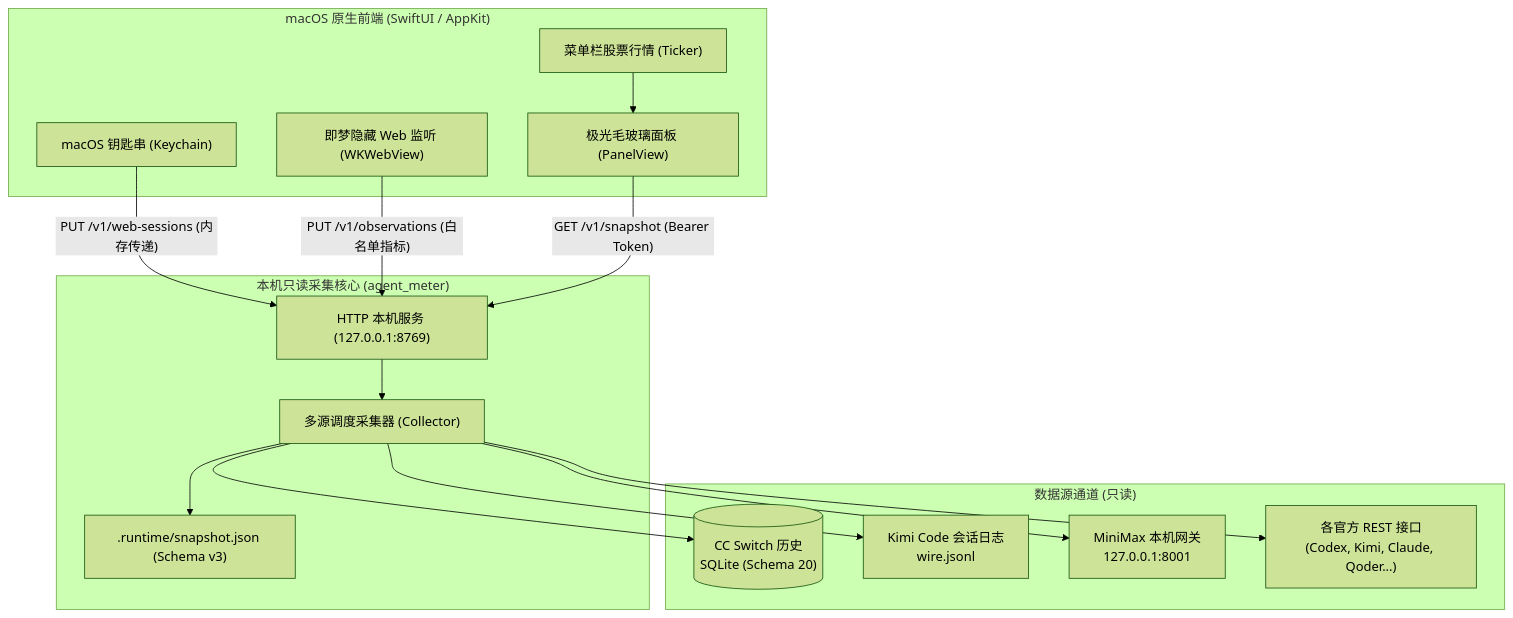
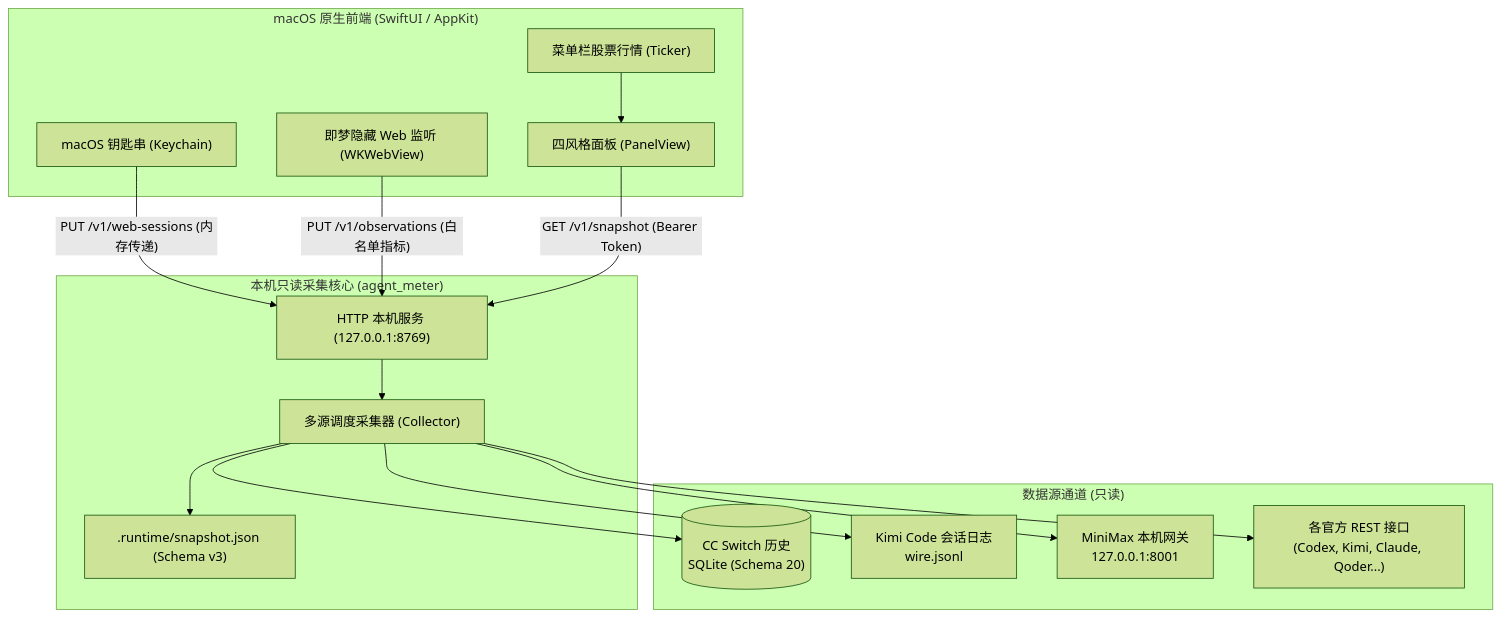
One commit to Gary23333/agent-meter changed the diagram in README.md. Above: the diagram before and after it, drawn with Mermaid (forest theme). The commit also changed other lines of this file and 17 other files, not shown here.

````diff
--- a/README.md
+++ b/README.md
@@ -147,33 +155,33 @@
 ```mermaid
 flowchart TD
     subgraph macOS UI ["macOS 原生前端 (SwiftUI / AppKit)"]
         MB["菜单栏股票行情 (Ticker)"]
-        PN["极光毛玻璃面板 (PanelView)"]
+        PN["四风格面板 (PanelView)"]
         KC["macOS 钥匙串 (Keychain)"]
         WV["即梦隐藏 Web 监听 (WKWebView)"]
     end
 
     subgraph Core ["本机只读采集核心 (agent_meter)"]
         SRV["HTTP 本机服务 (127.0.0.1:8769)"]
         COLL["多源调度采集器 (Collector)"]
         SNAP[".runtime/snapshot.json (Schema v3)"]
     end
 
     subgraph Sources ["数据源通道 (只读)"]
         S_SQL[("CC Switch 历史\nSQLite (Schema 20)")]
         S_LOG["Kimi Code 会话日志\nwire.jsonl"]
         S_GW["MiniMax 本机网关\n127.0.0.1:8001"]
         S_NET["各官方 REST 接口\n(Codex, Kimi, Claude, Qoder...)"]
     end
 
     MB --> PN
     KC --"PUT /v1/web-sessions (内存传递)"--> SRV
     WV --"PUT /v1/observations (白名单指标)"--> SRV
     PN --"GET /v1/snapshot (Bearer Token)"--> SRV
     SRV --> COLL
     COLL --> S_SQL
     COLL --> S_LOG
     COLL --> S_GW
     COLL --> S_NET
     COLL --> SNAP
 ```
````
